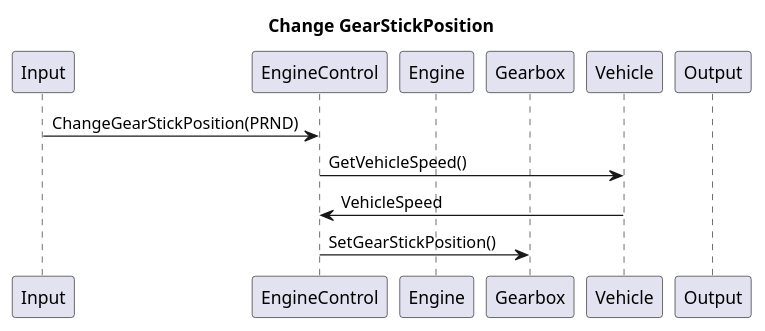
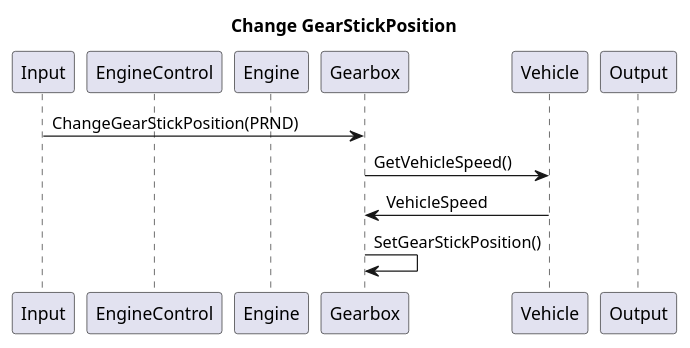
One commit to SubspaceBob/bootcamp_project changed the diagram in docs/src/sequence_change_gear.wsd. Above: the diagram before and after it, drawn with PlantUML. The commit also changed 5 other files, not shown here.

Commit message:
updates to sequence diagrams!

```diff
--- a/docs/src/sequence_change_gear.wsd
+++ b/docs/src/sequence_change_gear.wsd
@@ -1,16 +1,15 @@
 @startuml
 title Change GearStickPosition
 participant Input
 participant EngineControl
 participant Engine
 participant Gearbox
 participant Vehicle
 participant Output
-Input -> EngineControl : ChangeGearStickPosition(PRND)
-EngineControl -> Vehicle : GetVehicleSpeed()
-EngineControl <- Vehicle : VehicleSpeed
-EngineControl -> Gearbox : SetGearStickPosition()
-
+Input -> Gearbox : ChangeGearStickPosition(PRND)
+Gearbox -> Vehicle : GetVehicleSpeed()
+Gearbox <- Vehicle : VehicleSpeed
+Gearbox -> Gearbox : SetGearStickPosition()
 
 
 @enduml
```
